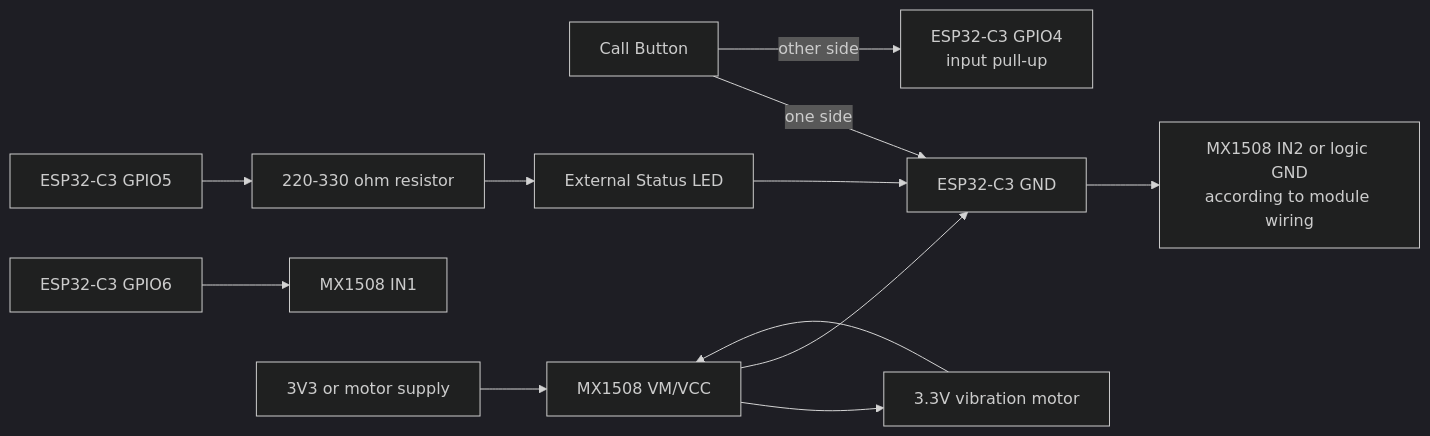
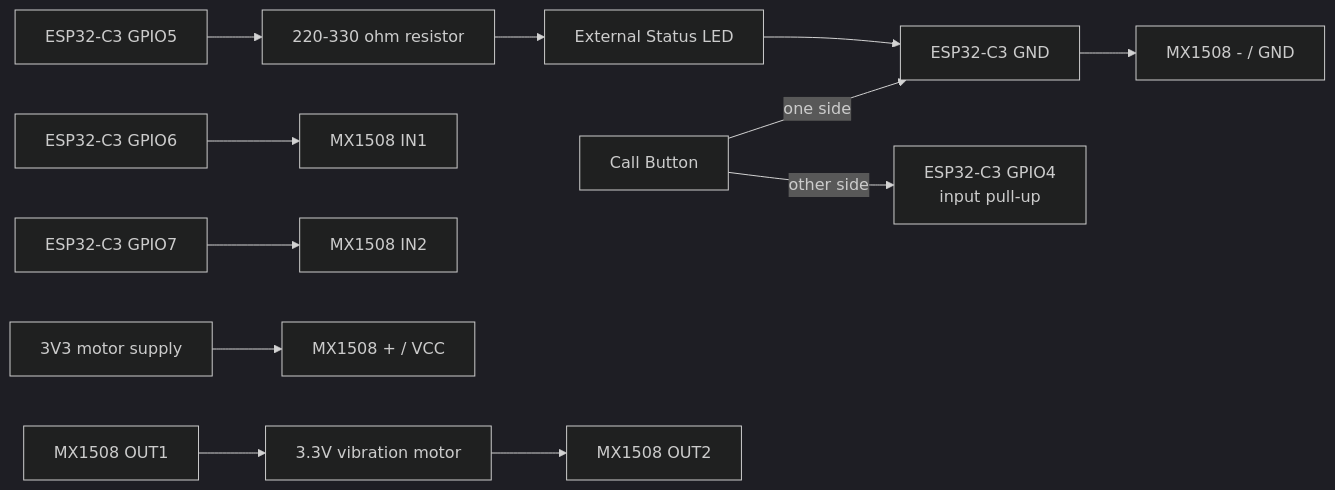
The diagram in docs/development_manual.md (elecage/CaregiverCall), drawn with Mermaid (dark theme) before and after one commit. The commit also changed other lines of this file and 3 other files, not shown here.

````diff
--- a/docs/development_manual.md
+++ b/docs/development_manual.md
@@ -52,14 +53,14 @@
 ```mermaid
 flowchart LR
     Button["Call Button"] -->|"one side"| GND["ESP32-C3 GND"]
     Button -->|"other side"| GPIO4["ESP32-C3 GPIO4\ninput pull-up"]
     GPIO5["ESP32-C3 GPIO5"] --> R1["220-330 ohm resistor"]
     R1 --> LED["External Status LED"]
     LED --> GND
     GPIO6["ESP32-C3 GPIO6"] --> IN1["MX1508 IN1"]
-    GND --> IN2["MX1508 IN2 or logic GND\naccording to module wiring"]
-    VCC["3V3 or motor supply"] --> MX["MX1508 VM/VCC"]
-    MX --> Motor["3.3V vibration motor"]
-    Motor --> MX
-    MX --> GND
+    GPIO7["ESP32-C3 GPIO7"] --> IN2["MX1508 IN2"]
+    VCC["3V3 motor supply"] --> PWR["MX1508 + / VCC"]
+    GND --> MGND["MX1508 - / GND"]
+    OUT1["MX1508 OUT1"] --> Motor["3.3V vibration motor"]
+    Motor --> OUT2["MX1508 OUT2"]
 ```
````
